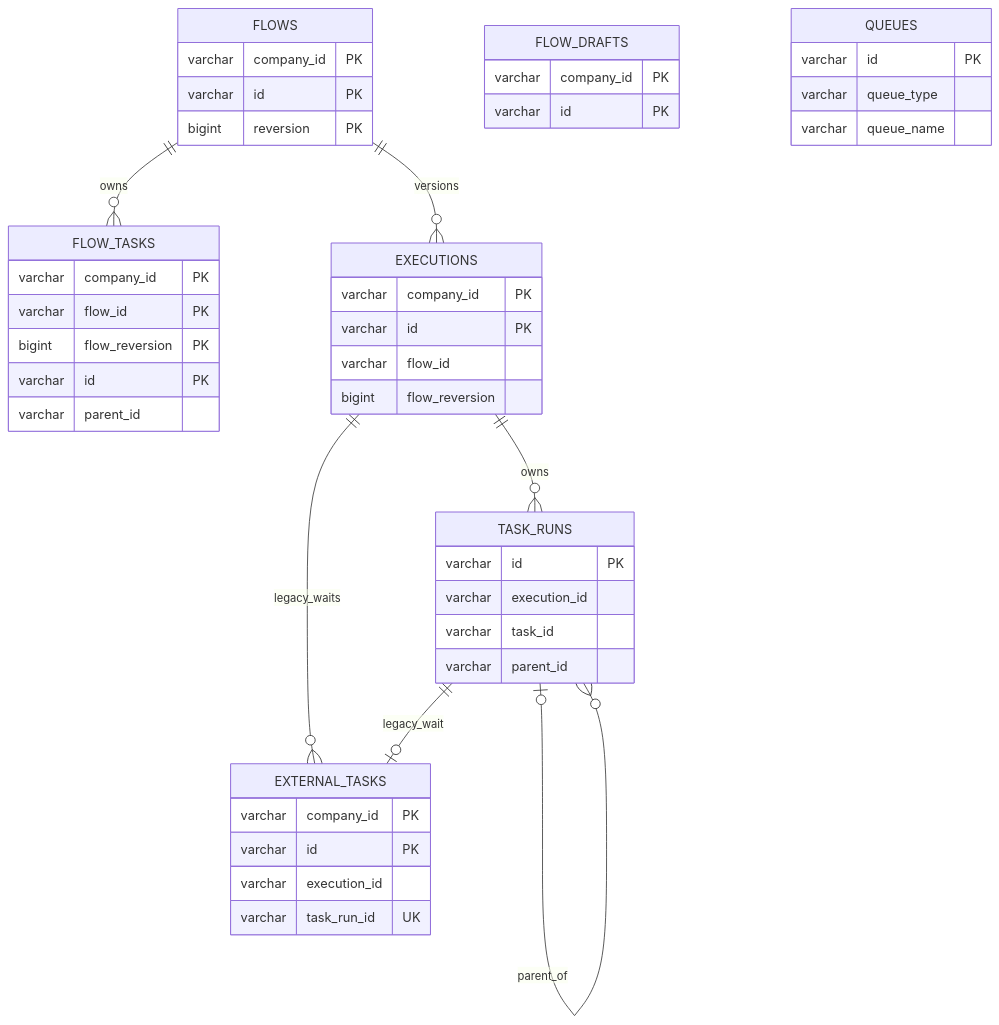
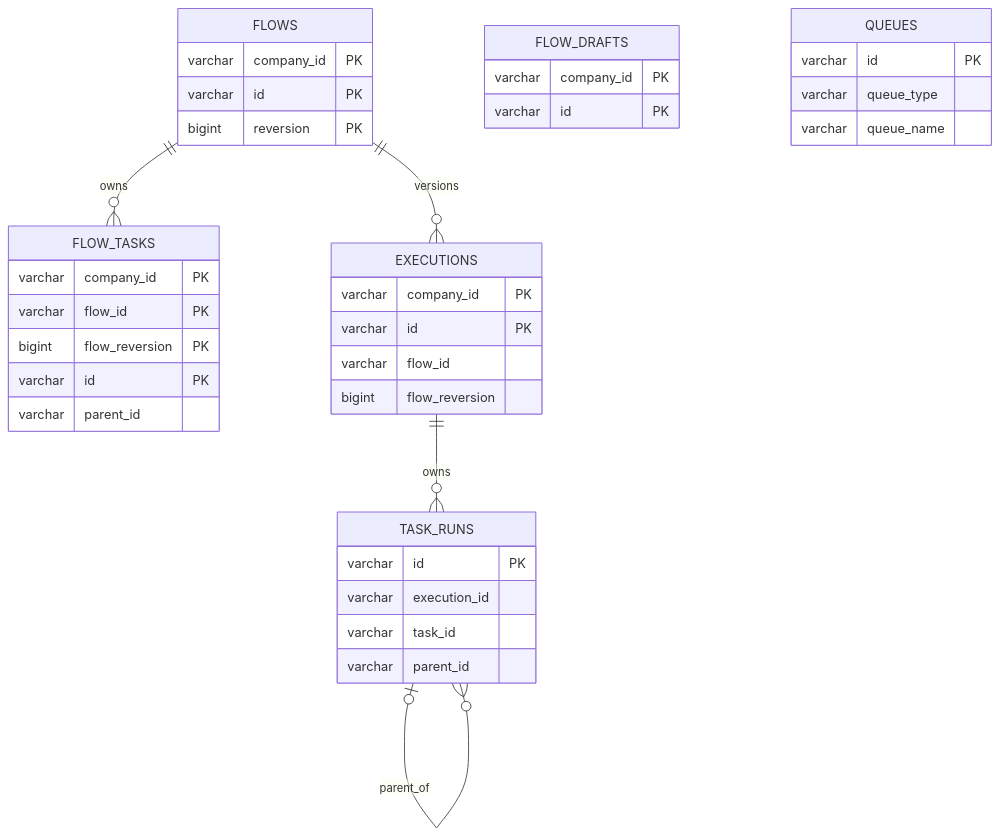
One commit to Eiddy5/flow changed the diagram in docs/decisions/0048-isolate-schema-ddl-and-pluralize-table-names.md. Above: the diagram before and after it, drawn with Mermaid. The commit also changed other lines of this file and 93 other files, not shown here.

````diff
--- a/docs/decisions/0048-isolate-schema-ddl-and-pluralize-table-names.md
+++ b/docs/decisions/0048-isolate-schema-ddl-and-pluralize-table-names.md
@@ -55,49 +56,41 @@
 ```mermaid
 erDiagram
     FLOWS ||--o{ FLOW_TASKS : owns
     FLOWS ||--o{ EXECUTIONS : versions
     EXECUTIONS ||--o{ TASK_RUNS : owns
     TASK_RUNS o|--o{ TASK_RUNS : parent_of
-    EXECUTIONS ||--o{ EXTERNAL_TASKS : legacy_waits
-    TASK_RUNS ||--o| EXTERNAL_TASKS : legacy_wait
 
     FLOW_DRAFTS {
         varchar company_id PK
         varchar id PK
     }
     FLOWS {
         varchar company_id PK
         varchar id PK
         bigint reversion PK
     }
     FLOW_TASKS {
         varchar company_id PK
         varchar flow_id PK
         bigint flow_reversion PK
         varchar id PK
         varchar parent_id
     }
     EXECUTIONS {
         varchar company_id PK
         varchar id PK
         varchar flow_id
         bigint flow_reversion
     }
     TASK_RUNS {
         varchar id PK
         varchar execution_id
         varchar task_id
         varchar parent_id
     }
-    EXTERNAL_TASKS {
-        varchar company_id PK
-        varchar id PK
-        varchar execution_id
-        varchar task_run_id UK
-    }
     QUEUES {
         varchar id PK
         varchar queue_type
         varchar queue_name
     }
 ```
````
